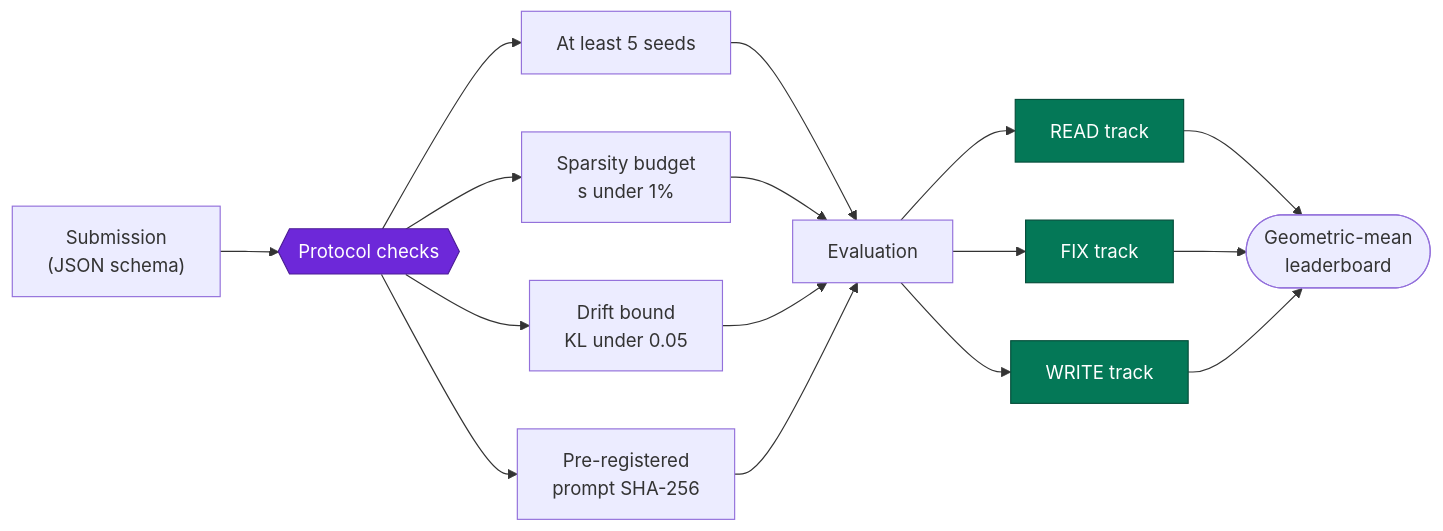
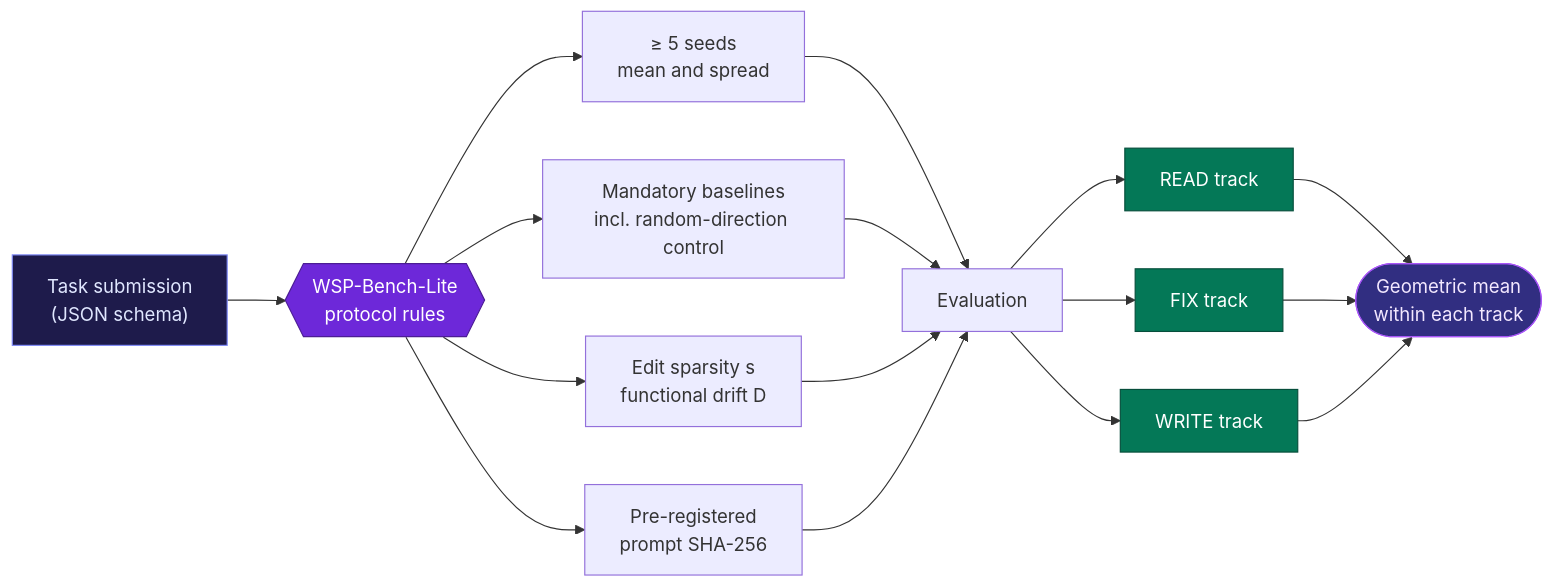
Before and after one commit to Hunterdii/weight-space-programming-explained: the eighth of 9 diagrams in README.md, drawn with Mermaid. The commit also changed other lines of this file and 21 other files, not shown here.

Commit message:
docs(readme): polish interactive atlas documentation and embed comprehensive visual diagrams

````diff
--- a/README.md
+++ b/README.md
@@ -555,18 +865,27 @@
 ```mermaid
 flowchart LR
-    S["Submission<br/>(JSON schema)"] --> P{{"Protocol checks"}}
-    P --> M1["At least 5 seeds"]
-    P --> M2["Sparsity budget<br/>s under 1%"]
-    P --> M3["Drift bound<br/>KL under 0.05"]
-    P --> M4["Pre-registered<br/>prompt SHA-256"]
-    M1 & M2 & M3 & M4 --> E["Evaluation"]
-    E --> TR["READ track"]
-    E --> TF["FIX track"]
-    E --> TW["WRITE track"]
-    TR & TF & TW --> B(["Geometric-mean<br/>leaderboard"])
+    TASK["Task submission<br/>(JSON schema)"] --> PROTOCOL{{"WSP-Bench-Lite<br/>protocol rules"}}
+
+    PROTOCOL --> M1["≥ 5 seeds<br/>mean and spread"]
+    PROTOCOL --> M2["Mandatory baselines<br/>incl. random-direction control"]
+    PROTOCOL --> M3["Edit sparsity s<br/>functional drift D"]
+    PROTOCOL --> M4["Pre-registered<br/>prompt SHA-256"]
+
+    M1 & M2 & M3 & M4 --> EVAL["Evaluation"]
+
+    EVAL --> T1["READ track"]
+    EVAL --> T2["FIX track"]
+    EVAL --> T3["WRITE track"]
+
+    T1 & T2 & T3 --> BOARD(["Geometric mean<br/>within each track"])
 
     classDef gate fill:#6d28d9,stroke:#4c1d95,color:#fff
     classDef track fill:#047857,stroke:#064e3b,color:#fff
-    class P gate
-    class TR,TF,TW track
+    classDef task fill:#1e1b4b,stroke:#818cf8,color:#e0e7ff
+    classDef board fill:#312e81,stroke:#a855f7,color:#f3e8ff
+
+    class PROTOCOL gate
+    class T1,T2,T3 track
+    class TASK task
+    class BOARD board
 ```
````
